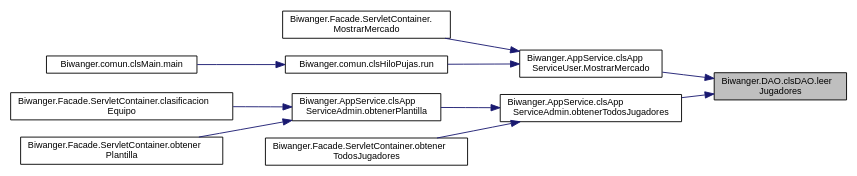
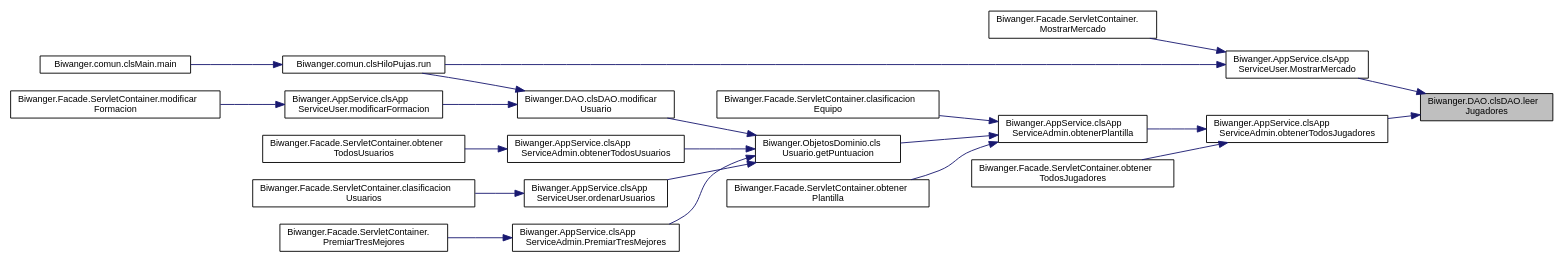
The diagram in docs/class_biwanger_1_1_d_a_o_1_1cls_d_a_o_aee6320d3de60ff15133ac7d8e4b787a0_icgraph.dot (nagorecb/BiwangerServidor), drawn with Graphviz before and after one commit. The commit also changed 94 other files, not shown here.

```diff
--- a/docs/class_biwanger_1_1_d_a_o_1_1cls_d_a_o_aee6320d3de60ff15133ac7d8e4b787a0_icgraph.dot
+++ b/docs/class_biwanger_1_1_d_a_o_1_1cls_d_a_o_aee6320d3de60ff15133ac7d8e4b787a0_icgraph.dot
@@ -1,26 +1,47 @@
 digraph "Biwanger.DAO.clsDAO.leerJugadores"
 {
  // LATEX_PDF_SIZE
   edge [fontname="Helvetica",fontsize="10",labelfontname="Helvetica",labelfontsize="10"];
   node [fontname="Helvetica",fontsize="10",shape=record];
   rankdir="RL";
   Node1 [label="Biwanger.DAO.clsDAO.leer\lJugadores",height=0.2,width=0.4,color="black", fillcolor="grey75", style="filled", fontcolor="black",tooltip=" "];
   Node1 -> Node2 [dir="back",color="midnightblue",fontsize="10",style="solid",fontname="Helvetica"];
   Node2 [label="Biwanger.AppService.clsApp\lServiceUser.MostrarMercado",height=0.2,width=0.4,color="black", fillcolor="white", style="filled",URL="$class_biwanger_1_1_app_service_1_1cls_app_service_user.html#a2f8e6594071307570038f6a09d2834a0",tooltip=" "];
   Node2 -> Node3 [dir="back",color="midnightblue",fontsize="10",style="solid",fontname="Helvetica"];
   Node3 [label="Biwanger.Facade.ServletContainer.\lMostrarMercado",height=0.2,width=0.4,color="black", fillcolor="white", style="filled",URL="$class_biwanger_1_1_facade_1_1_servlet_container.html#aa5215f4d6c0c73631d79534daae7e834",tooltip=" "];
   Node2 -> Node4 [dir="back",color="midnightblue",fontsize="10",style="solid",fontname="Helvetica"];
   Node4 [label="Biwanger.comun.clsHiloPujas.run",height=0.2,width=0.4,color="black", fillcolor="white", style="filled",URL="$class_biwanger_1_1comun_1_1cls_hilo_pujas.html#a1081eef132d091c12bb08bf1eb2db1c1",tooltip=" "];
   Node4 -> Node5 [dir="back",color="midnightblue",fontsize="10",style="solid",fontname="Helvetica"];
   Node5 [label="Biwanger.comun.clsMain.main",height=0.2,width=0.4,color="black", fillcolor="white", style="filled",URL="$class_biwanger_1_1comun_1_1cls_main.html#a09e0032f856ff2123925717cef2db994",tooltip=" "];
   Node1 -> Node6 [dir="back",color="midnightblue",fontsize="10",style="solid",fontname="Helvetica"];
   Node6 [label="Biwanger.AppService.clsApp\lServiceAdmin.obtenerTodosJugadores",height=0.2,width=0.4,color="black", fillcolor="white", style="filled",URL="$class_biwanger_1_1_app_service_1_1cls_app_service_admin.html#a27e6abd6e208ab631d047968791b6a12",tooltip=" "];
   Node6 -> Node7 [dir="back",color="midnightblue",fontsize="10",style="solid",fontname="Helvetica"];
   Node7 [label="Biwanger.AppService.clsApp\lServiceAdmin.obtenerPlantilla",height=0.2,width=0.4,color="black", fillcolor="white", style="filled",URL="$class_biwanger_1_1_app_service_1_1cls_app_service_admin.html#a7afcdff078b56c311f5f87faf3c085ff",tooltip=" "];
   Node7 -> Node8 [dir="back",color="midnightblue",fontsize="10",style="solid",fontname="Helvetica"];
   Node8 [label="Biwanger.Facade.ServletContainer.clasificacion\lEquipo",height=0.2,width=0.4,color="black", fillcolor="white", style="filled",URL="$class_biwanger_1_1_facade_1_1_servlet_container.html#a3470c81aaf9329061104a66bf80bf779",tooltip=" "];
   Node7 -> Node9 [dir="back",color="midnightblue",fontsize="10",style="solid",fontname="Helvetica"];
-  Node9 [label="Biwanger.Facade.ServletContainer.obtener\lPlantilla",height=0.2,width=0.4,color="black", fillcolor="white", style="filled",URL="$class_biwanger_1_1_facade_1_1_servlet_container.html#a71569ae182cd377ec34d4b7391170ff9",tooltip=" "];
-  Node6 -> Node10 [dir="back",color="midnightblue",fontsize="10",style="solid",fontname="Helvetica"];
-  Node10 [label="Biwanger.Facade.ServletContainer.obtener\lTodosJugadores",height=0.2,width=0.4,color="black", fillcolor="white", style="filled",URL="$class_biwanger_1_1_facade_1_1_servlet_container.html#a89c70ab6a4f9ca2263a8c9d3c5f0b525",tooltip=" "];
+  Node9 [label="Biwanger.ObjetosDominio.cls\lUsuario.getPuntuacion",height=0.2,width=0.4,color="black", fillcolor="white", style="filled",URL="$class_biwanger_1_1_objetos_dominio_1_1cls_usuario.html#a8043716fb0488b460818ea29e73410e6",tooltip=" "];
+  Node9 -> Node10 [dir="back",color="midnightblue",fontsize="10",style="solid",fontname="Helvetica"];
+  Node10 [label="Biwanger.DAO.clsDAO.modificar\lUsuario",height=0.2,width=0.4,color="black", fillcolor="white", style="filled",URL="$class_biwanger_1_1_d_a_o_1_1cls_d_a_o.html#a9023a1387d6ec5f85cdc4344bf54a557",tooltip=" "];
+  Node10 -> Node11 [dir="back",color="midnightblue",fontsize="10",style="solid",fontname="Helvetica"];
+  Node11 [label="Biwanger.AppService.clsApp\lServiceUser.modificarFormacion",height=0.2,width=0.4,color="black", fillcolor="white", style="filled",URL="$class_biwanger_1_1_app_service_1_1cls_app_service_user.html#a45ddc53a6dd70ce80584469e19be2399",tooltip=" "];
+  Node11 -> Node12 [dir="back",color="midnightblue",fontsize="10",style="solid",fontname="Helvetica"];
+  Node12 [label="Biwanger.Facade.ServletContainer.modificar\lFormacion",height=0.2,width=0.4,color="black", fillcolor="white", style="filled",URL="$class_biwanger_1_1_facade_1_1_servlet_container.html#a0bbfb12d162bb8805b0aa53179782cdb",tooltip=" "];
+  Node10 -> Node4 [dir="back",color="midnightblue",fontsize="10",style="solid",fontname="Helvetica"];
+  Node9 -> Node13 [dir="back",color="midnightblue",fontsize="10",style="solid",fontname="Helvetica"];
+  Node13 [label="Biwanger.AppService.clsApp\lServiceAdmin.obtenerTodosUsuarios",height=0.2,width=0.4,color="black", fillcolor="white", style="filled",URL="$class_biwanger_1_1_app_service_1_1cls_app_service_admin.html#a67f15e33d0977f242cfa973f4b7eed5f",tooltip=" "];
+  Node13 -> Node14 [dir="back",color="midnightblue",fontsize="10",style="solid",fontname="Helvetica"];
+  Node14 [label="Biwanger.Facade.ServletContainer.obtener\lTodosUsuarios",height=0.2,width=0.4,color="black", fillcolor="white", style="filled",URL="$class_biwanger_1_1_facade_1_1_servlet_container.html#a6bda5929d72cf4e2012d67b20190ef02",tooltip=" "];
+  Node9 -> Node15 [dir="back",color="midnightblue",fontsize="10",style="solid",fontname="Helvetica"];
+  Node15 [label="Biwanger.AppService.clsApp\lServiceUser.ordenarUsuarios",height=0.2,width=0.4,color="black", fillcolor="white", style="filled",URL="$class_biwanger_1_1_app_service_1_1cls_app_service_user.html#a38521008bc663f48b1fe5d43d1065024",tooltip=" "];
+  Node15 -> Node16 [dir="back",color="midnightblue",fontsize="10",style="solid",fontname="Helvetica"];
+  Node16 [label="Biwanger.Facade.ServletContainer.clasificacion\lUsuarios",height=0.2,width=0.4,color="black", fillcolor="white", style="filled",URL="$class_biwanger_1_1_facade_1_1_servlet_container.html#a98a9d2c39fdc3f202df959454115d410",tooltip=" "];
+  Node9 -> Node17 [dir="back",color="midnightblue",fontsize="10",style="solid",fontname="Helvetica"];
+  Node17 [label="Biwanger.AppService.clsApp\lServiceAdmin.PremiarTresMejores",height=0.2,width=0.4,color="black", fillcolor="white", style="filled",URL="$class_biwanger_1_1_app_service_1_1cls_app_service_admin.html#a745d1a0c5ea706ffd97616cb4d2e0672",tooltip=" "];
+  Node17 -> Node18 [dir="back",color="midnightblue",fontsize="10",style="solid",fontname="Helvetica"];
+  Node18 [label="Biwanger.Facade.ServletContainer.\lPremiarTresMejores",height=0.2,width=0.4,color="black", fillcolor="white", style="filled",URL="$class_biwanger_1_1_facade_1_1_servlet_container.html#a8006bab79e1568517126c47868a90941",tooltip=" "];
+  Node7 -> Node19 [dir="back",color="midnightblue",fontsize="10",style="solid",fontname="Helvetica"];
+  Node19 [label="Biwanger.Facade.ServletContainer.obtener\lPlantilla",height=0.2,width=0.4,color="black", fillcolor="white", style="filled",URL="$class_biwanger_1_1_facade_1_1_servlet_container.html#a71569ae182cd377ec34d4b7391170ff9",tooltip=" "];
+  Node6 -> Node20 [dir="back",color="midnightblue",fontsize="10",style="solid",fontname="Helvetica"];
+  Node20 [label="Biwanger.Facade.ServletContainer.obtener\lTodosJugadores",height=0.2,width=0.4,color="black", fillcolor="white", style="filled",URL="$class_biwanger_1_1_facade_1_1_servlet_container.html#a89c70ab6a4f9ca2263a8c9d3c5f0b525",tooltip=" "];
 }
```
